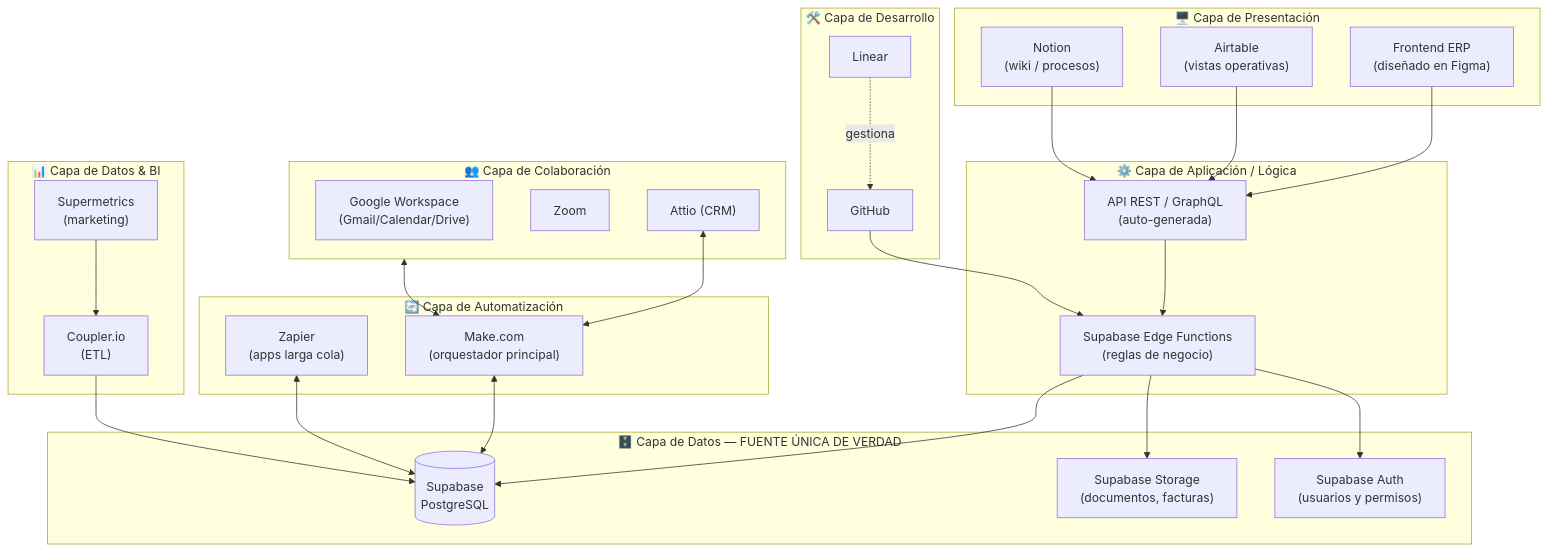
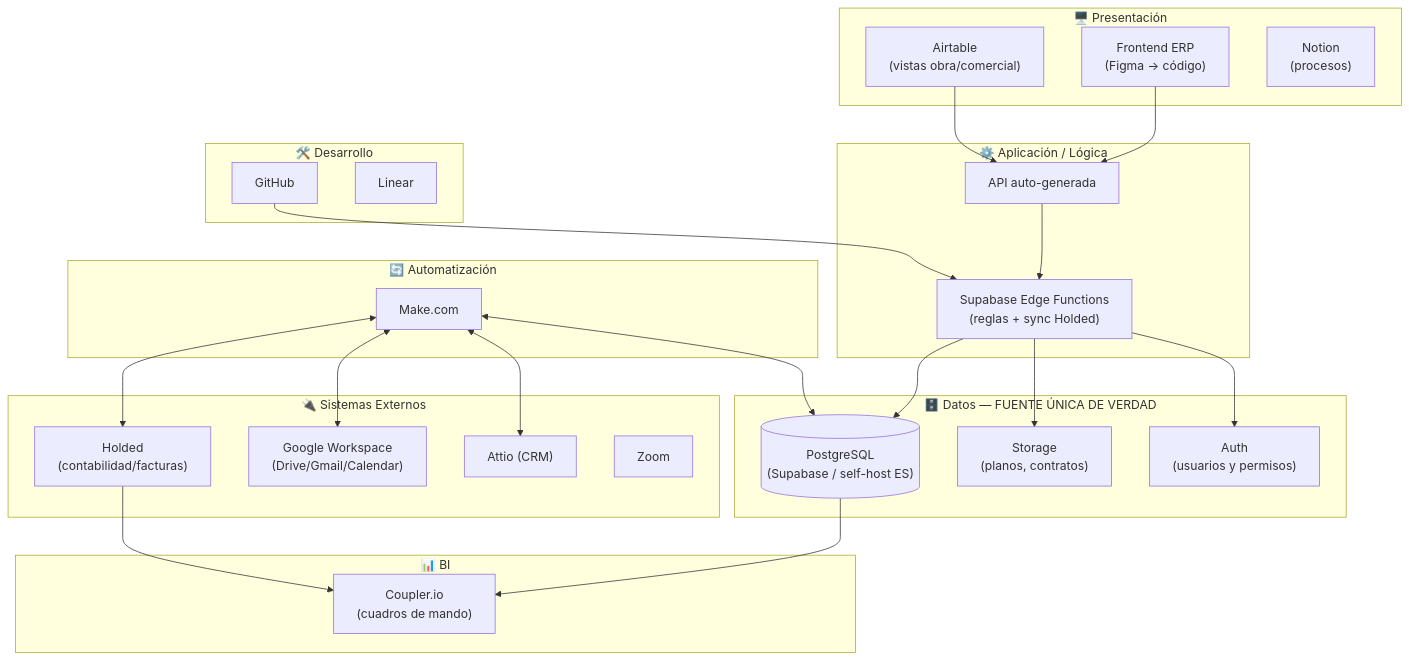
One commit to github/github-mcp-server changed the first of 2 diagrams in docs/erp-grupo-tesela/ARQUITECTURA.md. Above: the diagram before and after it, drawn with Mermaid. The commit also changed other lines of this file, not shown here.

First line of the commit message:
Adaptar arquitectura ERP al sector inmobiliario y a Holded

````diff
--- a/docs/erp-grupo-tesela/ARQUITECTURA.md
+++ b/docs/erp-grupo-tesela/ARQUITECTURA.md
@@ -40,56 +45,53 @@
 ```mermaid
 flowchart TB
-    subgraph PRES["🖥️ Capa de Presentación"]
-        UI["Frontend ERP\n(diseñado en Figma)"]
-        AIR["Airtable\n(vistas operativas)"]
-        NOT["Notion\n(wiki / procesos)"]
+    subgraph PRES["🖥️ Presentación"]
+        UI["Frontend ERP\n(Figma → código)"]
+        AIR["Airtable\n(vistas obra/comercial)"]
+        NOT["Notion\n(procesos)"]
     end
 
-    subgraph APP["⚙️ Capa de Aplicación / Lógica"]
-        EF["Supabase Edge Functions\n(reglas de negocio)"]
-        API["API REST / GraphQL\n(auto-generada)"]
+    subgraph APP["⚙️ Aplicación / Lógica"]
+        EF["Supabase Edge Functions\n(reglas + sync Holded)"]
+        API["API auto-generada"]
     end
 
-    subgraph DATA["🗄️ Capa de Datos — FUENTE ÚNICA DE VERDAD"]
-        PG[("Supabase\nPostgreSQL")]
-        ST["Supabase Storage\n(documentos, facturas)"]
-        AUTH["Supabase Auth\n(usuarios y permisos)"]
+    subgraph DATA["🗄️ Datos — FUENTE ÚNICA DE VERDAD"]
+        PG[("PostgreSQL\n(Supabase / self-host ES)")]
+        ST["Storage\n(planos, contratos)"]
+        AUTH["Auth\n(usuarios y permisos)"]
     end
 
-    subgraph AUTO["🔄 Capa de Automatización"]
-        MAKE["Make.com\n(orquestador principal)"]
-        ZAP["Zapier\n(apps larga cola)"]
+    subgraph EXT["🔌 Sistemas Externos"]
+        HOL["Holded\n(contabilidad/facturas)"]
+        GW["Google Workspace\n(Drive/Gmail/Calendar)"]
+        ATT["Attio (CRM)"]
+        ZOOM["Zoom"]
     end
 
-    subgraph BI["📊 Capa de Datos & BI"]
-        SM["Supermetrics\n(marketing)"]
-        COUP["Coupler.io\n(ETL)"]
+    subgraph AUTO["🔄 Automatización"]
+        MAKE["Make.com"]
     end
 
-    subgraph COLAB["👥 Capa de Colaboración"]
-        GW["Google Workspace\n(Gmail/Calendar/Drive)"]
-        ZOOM["Zoom"]
-        ATT["Attio (CRM)"]
+    subgraph BI["📊 BI"]
+        COUP["Coupler.io\n(cuadros de mando)"]
     end
 
-    subgraph DEV["🛠️ Capa de Desarrollo"]
+    subgraph DEV["🛠️ Desarrollo"]
         GH["GitHub"]
         LIN["Linear"]
     end
 
     UI --> API
     AIR --> API
-    NOT --> API
     API --> EF
     EF --> PG
     EF --> ST
     EF --> AUTH
     MAKE <--> PG
-    ZAP <--> PG
-    SM --> COUP
-    COUP --> PG
-    COLAB <--> MAKE
-    ATT <--> MAKE
+    MAKE <--> HOL
+    MAKE <--> ATT
+    MAKE <--> GW
+    PG --> COUP
+    HOL --> COUP
     GH --> EF
-    LIN -.gestiona.-> GH
 ```
````
